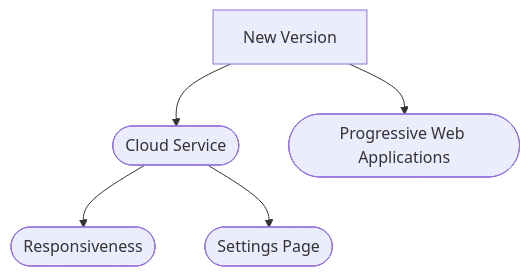
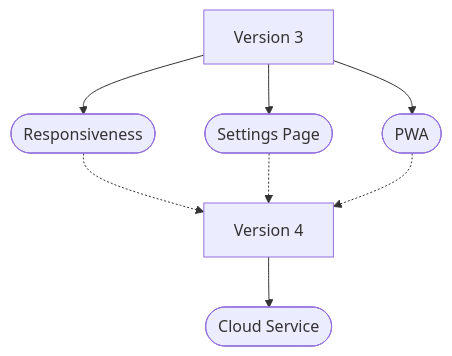
The diagram in docs/roadmap.md (idenisovs/timesheet), drawn with Mermaid before and after one commit.

Commit message:
Roadmap update.

````diff
--- a/docs/roadmap.md
+++ b/docs/roadmap.md
@@ -3,15 +3,16 @@
 ```mermaid
 flowchart TB
-  NV[New Version]
+  NV4[Version 3]
+  NV5[Version 4]
+  
   RESP([Responsiveness])
   SETT([Settings Page])
   CSRV([Cloud Service])
-  PWA([Progressive Web Applications])
-  
-  CSRV --> RESP
-  CSRV --> SETT
-  
-  NV --> PWA
-  NV --> CSRV
-  
+  PWA([PWA])
+
+  NV4 --> RESP -.-> NV5
+  NV4 --> SETT -.-> NV5
+  NV4 --> PWA -.-> NV5
+
+  NV5 --> CSRV
 ```
````
